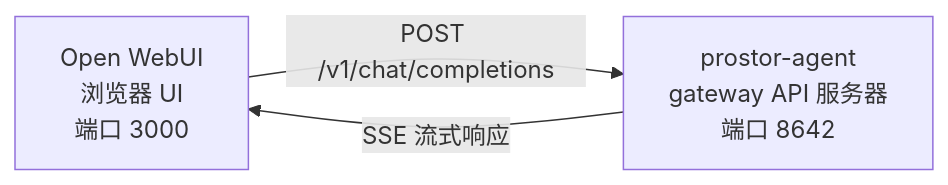
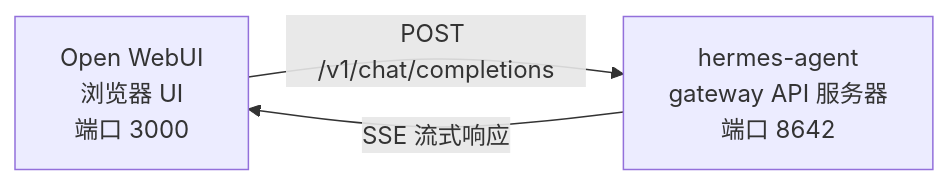
The diagram in website/i18n/zh-Hans/docusaurus-plugin-content-docs/current/user-guide/messaging/open-webui.md (maksim9510/Prostor), drawn with Mermaid before and after one commit. The commit also changed other lines of this file and 3041 other files, not shown here.

````diff
--- a/website/i18n/zh-Hans/docusaurus-plugin-content-docs/current/user-guide/messaging/open-webui.md
+++ b/website/i18n/zh-Hans/docusaurus-plugin-content-docs/current/user-guide/messaging/open-webui.md
@@ -13,7 +13,7 @@
 ```mermaid
 flowchart LR
     A["Open WebUI<br/>浏览器 UI<br/>端口 3000"]
-    B["prostor-agent<br/>gateway API 服务器<br/>端口 8642"]
+    B["hermes-agent<br/>gateway API 服务器<br/>端口 8642"]
     A -->|POST /v1/chat/completions| B
     B -->|SSE 流式响应| A
 ```
````
